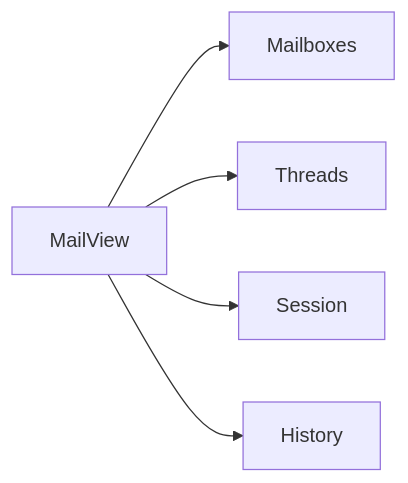
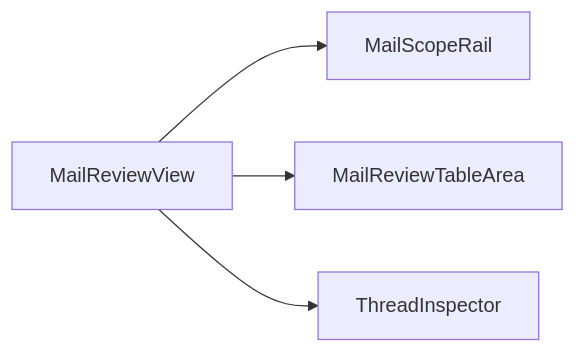
The seventh of 9 diagrams in docs/ui-map.md (Spatial-Duality/Manifold), drawn with Mermaid before and after one commit. The commit also changed other lines of this file and 4 other files, not shown here.

````diff
--- a/docs/ui-map.md
+++ b/docs/ui-map.md
@@ -124,7 +130,6 @@
 ```mermaid
 flowchart LR
-    A["MailView"] --> B["Mailboxes"]
-    A --> C["Threads"]
-    A --> D["Session"]
-    A --> E["History"]
+    A["MailReviewView"] --> B["MailScopeRail"]
+    A --> C["MailReviewTableArea"]
+    A --> D["ThreadInspector"]
 ```
````
